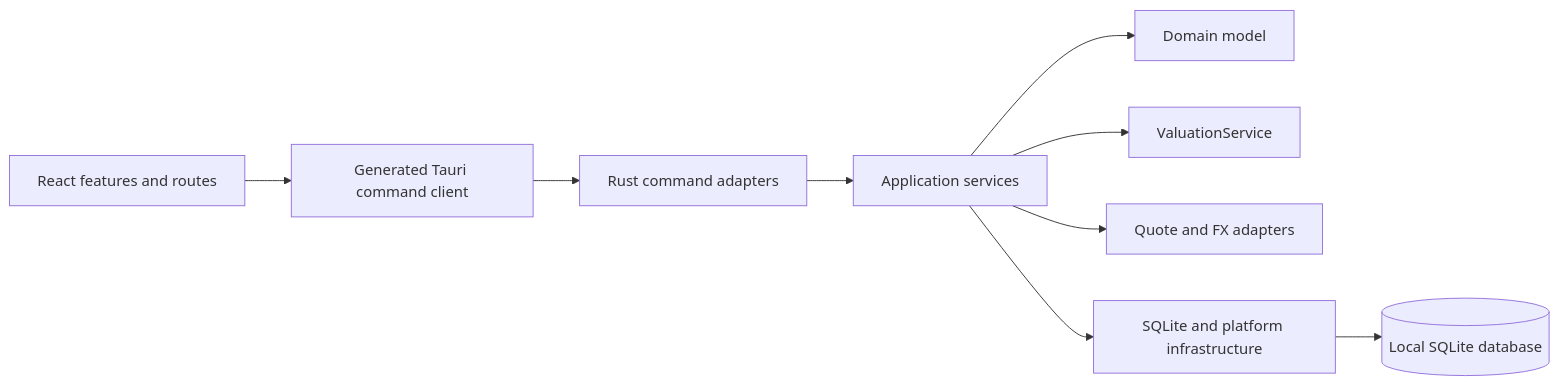
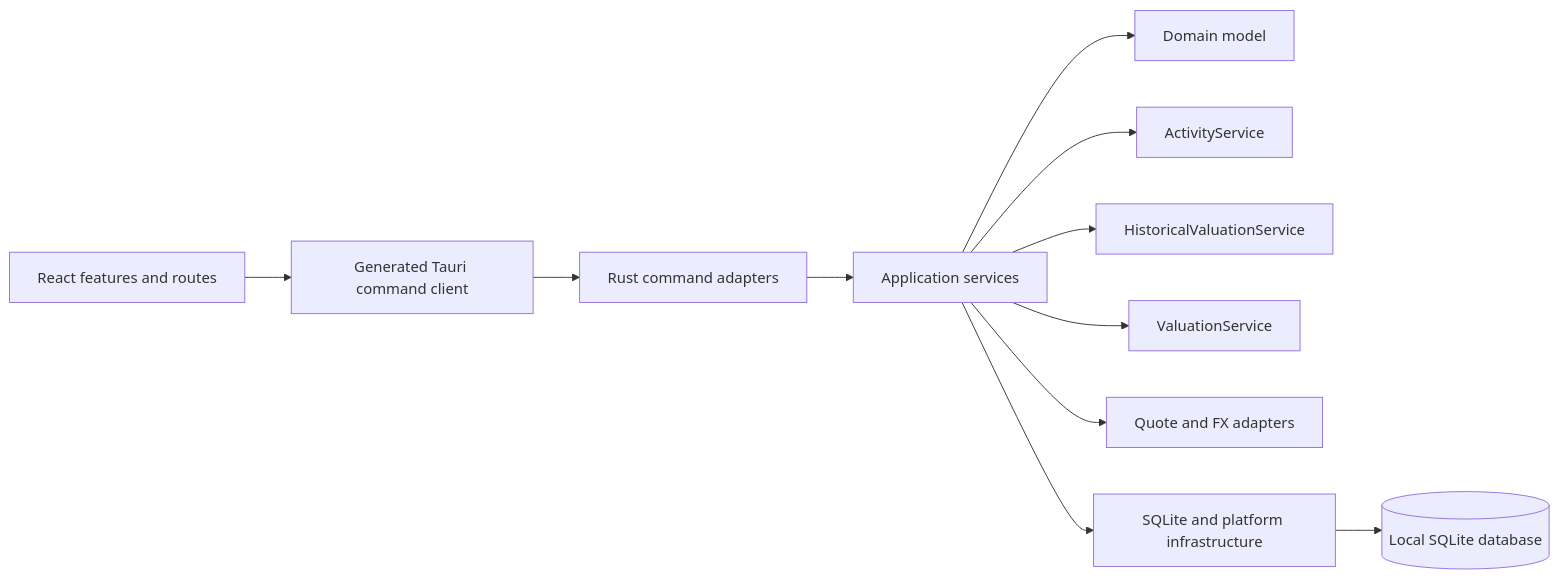
One commit to MnemosyneLab/Nestworth changed the first of 2 diagrams in docs/architecture/system-overview.md. Above: the diagram before and after it, drawn with Mermaid. The commit also changed other lines of this file and 86 other files, not shown here.

First line of the commit message:
feat: implement v0.1.3 activity and history (#3)

````diff
--- a/docs/architecture/system-overview.md
+++ b/docs/architecture/system-overview.md
@@ -17,11 +17,13 @@
 ```mermaid
 flowchart LR
     UI["React features and routes"] --> IPC["Generated Tauri command client"]
     IPC --> Commands["Rust command adapters"]
     Commands --> Application["Application services"]
     Application --> Domain["Domain model"]
+    Application --> Activity["ActivityService"]
+    Application --> History["HistoricalValuationService"]
     Application --> Valuation["ValuationService"]
     Application --> Providers["Quote and FX adapters"]
     Application --> Infrastructure["SQLite and platform infrastructure"]
     Infrastructure --> DB[("Local SQLite database")]
 ```
````
